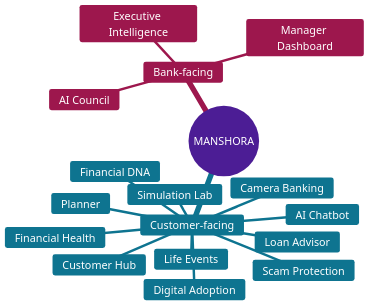
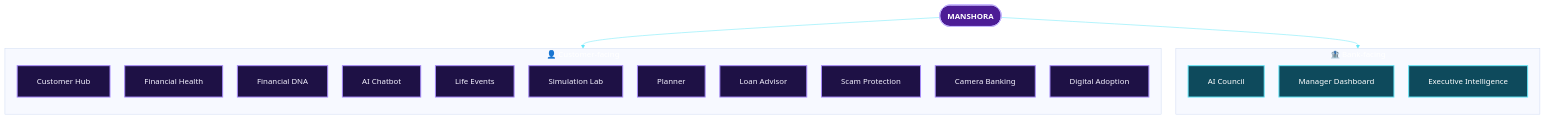
The fourth of 13 diagrams in README.md (Mansi232323/MANSHORA), drawn with Mermaid before and after one commit. The commit also changed other lines of this file, not shown here.

````diff
--- a/README.md
+++ b/README.md
@@ -170,21 +147,33 @@
 ```mermaid
-%%{init: {'theme':'base','themeVariables':{'fontSize':'22px','fontFamily':'Arial, Helvetica, sans-serif','cScale0':'#4c1d95','cScaleLabel0':'#ffffff','cScale1':'#0e7490','cScaleLabel1':'#ffffff','cScale2':'#9d174d','cScaleLabel2':'#ffffff','cScale3':'#166534','cScaleLabel3':'#ffffff','cScale4':'#854d0e','cScaleLabel4':'#ffffff','cScale5':'#9a3412','cScaleLabel5':'#ffffff','cScale6':'#1e40af','cScaleLabel6':'#ffffff','cScale7':'#6b21a8','cScaleLabel7':'#ffffff','git0':'#4c1d95','gitBranchLabel0':'#ffffff'}}}%%
-mindmap
-  root((MANSHORA))
-    Customer-facing
-      Customer Hub
-      Financial Health
-      Financial DNA
-      AI Chatbot
-      Life Events
-      Simulation Lab
-      Planner
-      Loan Advisor
-      Scam Protection
-      Camera Banking
-      Digital Adoption
-    Bank-facing
-      AI Council
-      Manager Dashboard
-      Executive Intelligence
+%%{init: {'theme':'base','themeVariables':{'fontSize':'16px','fontFamily':'Arial, Helvetica, sans-serif','lineColor':'#67e8f9'},'flowchart':{'htmlLabels':true,'nodeSpacing':30,'rankSpacing':45,'padding':20,'wrappingWidth':260}}}%%
+flowchart TB
+    R(["<b>MANSHORA</b>"])
+    subgraph CF["👤 Customer-facing"]
+        direction TB
+        c1["Customer Hub"]
+        c2["Financial Health"]
+        c3["Financial DNA"]
+        c4["AI Chatbot"]
+        c5["Life Events"]
+        c6["Simulation Lab"]
+        c7["Planner"]
+        c8["Loan Advisor"]
+        c9["Scam Protection"]
+        c10["Camera Banking"]
+        c11["Digital Adoption"]
+    end
+    subgraph BF["🏦 Bank-facing"]
+        direction TB
+        b1["AI Council"]
+        b2["Manager Dashboard"]
+        b3["Executive Intelligence"]
+    end
+    R --> CF
+    R --> BF
+    classDef root fill:#4c1d95,stroke:#c4b5fd,stroke-width:2px,color:#ffffff
+    classDef cust fill:#1e1145,stroke:#a78bfa,stroke-width:2px,color:#f5f3ff
+    classDef bank fill:#0e4a5c,stroke:#67e8f9,stroke-width:2px,color:#ffffff
+    class R root
+    class c1,c2,c3,c4,c5,c6,c7,c8,c9,c10,c11 cust
+    class b1,b2,b3 bank
 ```
````
